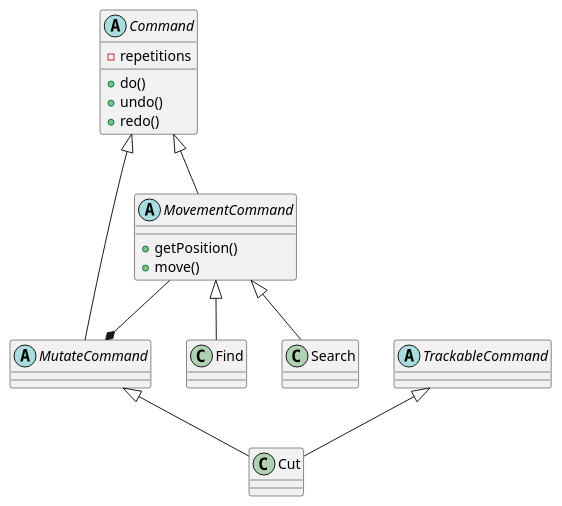
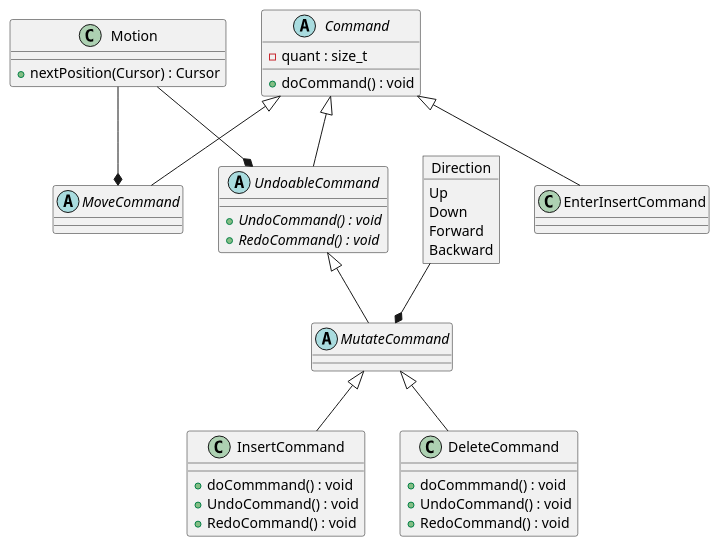
The third of 3 diagrams in uml.md (felix990302/vm), drawn with PlantUML before and after one commit. The commit also changed other lines of this file and 2 other files, not shown here.

Commit message:
updated UML

````diff
--- a/uml.md
+++ b/uml.md
@@ -97,25 +146,49 @@
 ```plantuml
 abstract class Command {
-    -repetitions
+    -quant : size_t
 
-    +do() 
-    +undo()
-    +redo()
+    +doCommand() : void 
 }
-Command <|-- MovementCommand
-Command <|-- MutateCommand
+Command <|-- MoveCommand
+Command <|-- UndoableCommand
+Command <|-- EnterInsertCommand
 
-abstract class MovementCommand {
-    +getPosition()
-    +move()
+abstract class MoveCommand {
 }
-MovementCommand --* MutateCommand
-MovementCommand <|-- Find
-MovementCommand <|-- Search
 
-abstract class TrackableCommand
-TrackableCommand <|-- Cut
+abstract class UndoableCommand {
+    {abstract} +UndoCommand() : void
+    {abstract} +RedoCommand() : void
+}
+UndoableCommand <|-- MutateCommand
 
 abstract class MutateCommand
-MutateCommand <|-- Cut
+MutateCommand <|-- InsertCommand
+MutateCommand <|-- DeleteCommand
+
+class InsertCommand {
+    +doCommmand() : void
+    +UndoCommand() : void
+    +RedoCommand() : void
+}
+
+class DeleteCommand {
+    +doCommmand() : void
+    +UndoCommand() : void
+    +RedoCommand() : void
+}
+
+class Motion {
+    +nextPosition(Cursor) : Cursor    
+}
+Motion --* MoveCommand
+Motion --* UndoableCommand
+
+object Direction {
+    Up
+    Down
+    Forward
+    Backward
+}
+Direction --* MutateCommand
 ```
````
